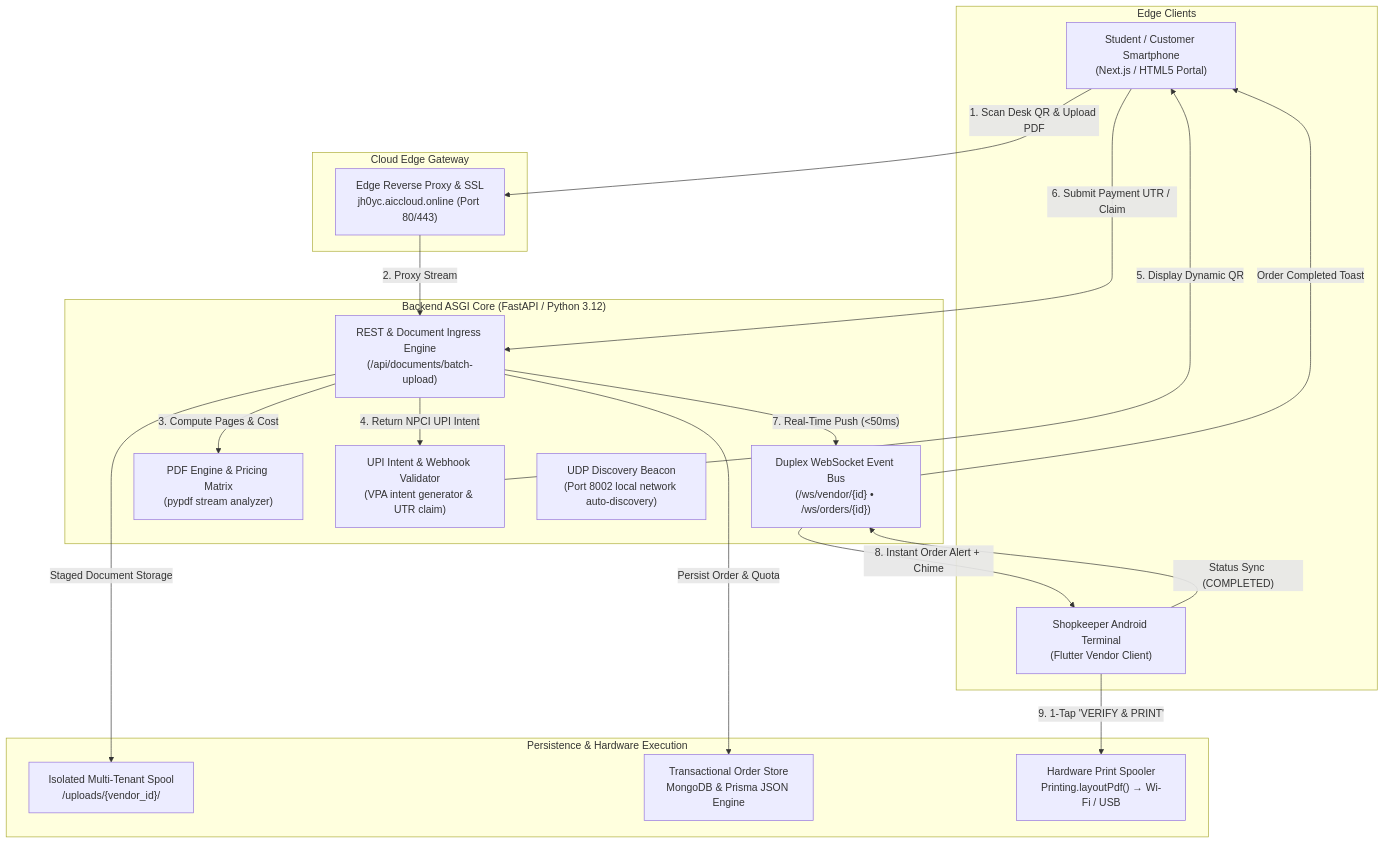
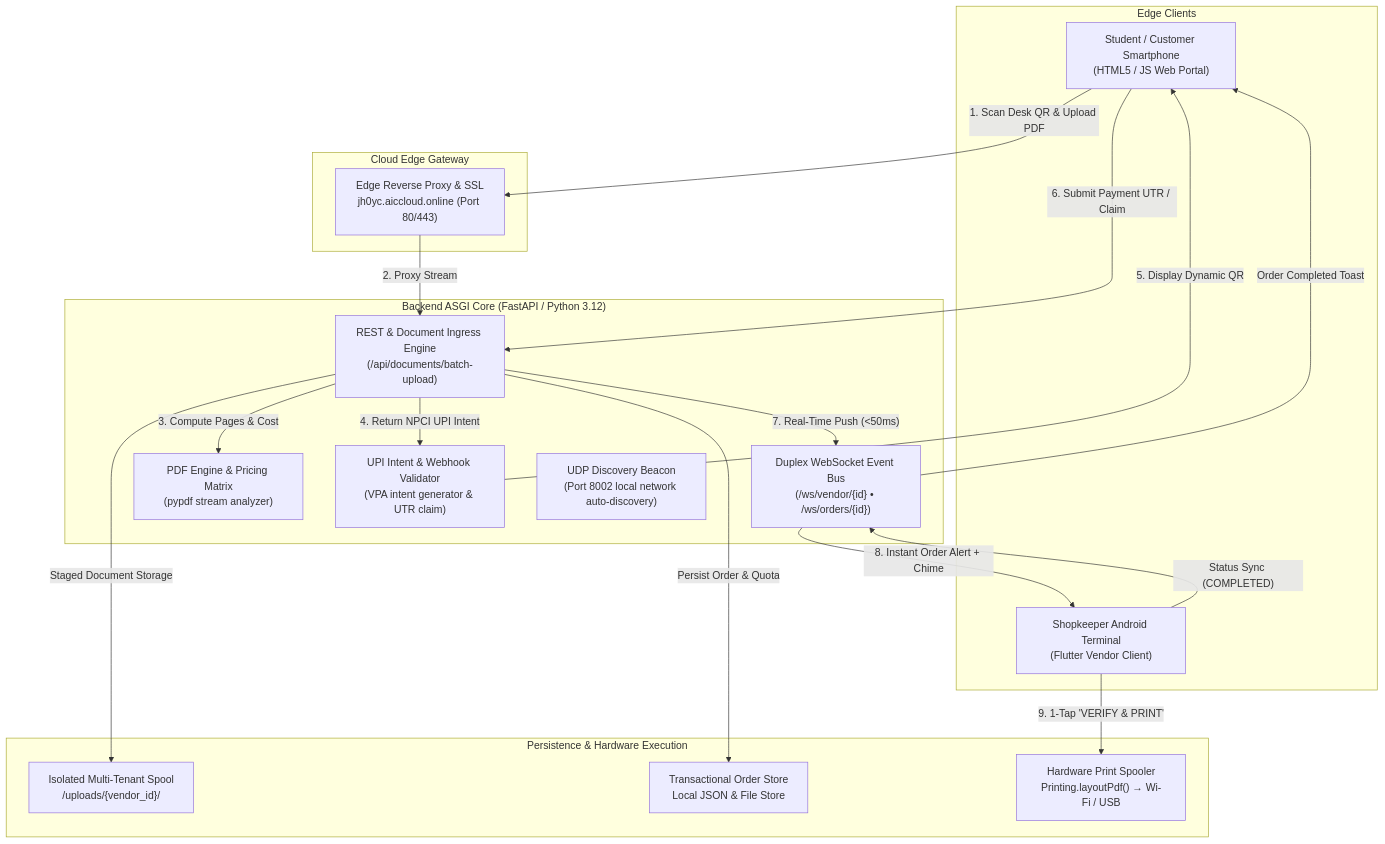
Before and after one commit to abhayv175/PrintPulse: the diagram in README.md, drawn with Mermaid. The commit also changed other lines of this file and 42 other files, not shown here.

````diff
--- a/README.md
+++ b/README.md
@@ -76,39 +178,39 @@
 ```mermaid
 flowchart TD
     subgraph Clients["Edge Clients"]
-        CUST["Student / Customer Smartphone<br>(Next.js / HTML5 Portal)"]
+        CUST["Student / Customer Smartphone<br>(HTML5 / JS Web Portal)"]
         VEND["Shopkeeper Android Terminal<br>(Flutter Vendor Client)"]
     end
 
     subgraph Ingress["Cloud Edge Gateway"]
         EDGE["Edge Reverse Proxy & SSL<br>jh0yc.aiccloud.online (Port 80/443)"]
     end
 
     subgraph Core["Backend ASGI Core (FastAPI / Python 3.12)"]
         API["REST & Document Ingress Engine<br>(/api/documents/batch-upload)"]
         WS["Duplex WebSocket Event Bus<br>(/ws/vendor/{id} • /ws/orders/{id})"]
         PARSER["PDF Engine & Pricing Matrix<br>(pypdf stream analyzer)"]
         UPI["UPI Intent & Webhook Validator<br>(VPA intent generator & UTR claim)"]
         UDP["UDP Discovery Beacon<br>(Port 8002 local network auto-discovery)"]
     end
 
     subgraph Storage["Persistence & Hardware Execution"]
         DISK["Isolated Multi-Tenant Spool<br>/uploads/{vendor_id}/"]
-        STATE["Transactional Order Store<br>MongoDB & Prisma JSON Engine"]
+        STATE["Transactional Order Store<br>Local JSON & File Store"]
         SPOOL["Hardware Print Spooler<br>Printing.layoutPdf() → Wi-Fi / USB"]
     end
 
     CUST -->|"1. Scan Desk QR & Upload PDF"| EDGE
     EDGE -->|"2. Proxy Stream"| API
     API -->|"3. Compute Pages & Cost"| PARSER
     API -->|"4. Return NPCI UPI Intent"| UPI
     UPI -->|"5. Display Dynamic QR"| CUST
     CUST -->|"6. Submit Payment UTR / Claim"| API
     API -->|"7. Real-Time Push (<50ms)"| WS
     WS -->|"8. Instant Order Alert + Chime"| VEND
     VEND -->|"9. 1-Tap 'VERIFY & PRINT'"| SPOOL
     API -->|"Persist Order & Quota"| STATE
     API -->|"Staged Document Storage"| DISK
     VEND -->|"Status Sync (COMPLETED)"| WS
     WS -->|"Order Completed Toast"| CUST
 ```
````
